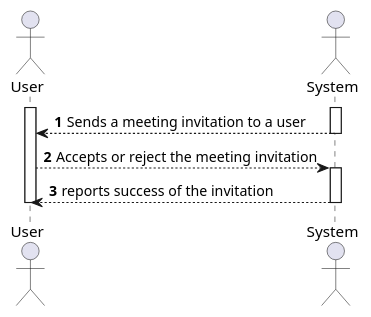
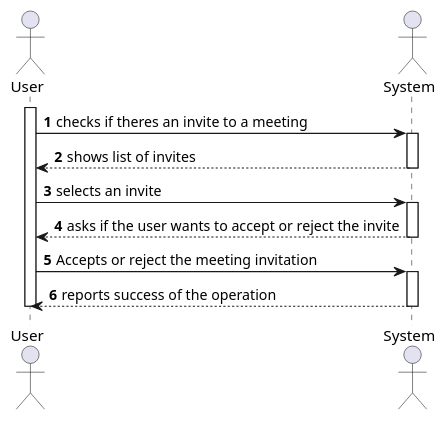
Before and after one commit to miseEnPlace-dev/lapr4: the diagram in docs/sprint-c/us41-4003/US4003_SSD.puml, drawn with PlantUML. The commit also changed 1 other file, not shown here.

```diff
--- a/docs/sprint-c/us41-4003/US4003_SSD.puml
+++ b/docs/sprint-c/us41-4003/US4003_SSD.puml
@@ -1,21 +1,29 @@
 @startuml US4003_SSD
 autonumber
 
 actor User as "User"
 actor System as "System"
 
 activate User
+
+User -> System : checks if theres an invite to a meeting
 activate System
 
-System --> User : Sends a meeting invitation to a user
+System --> User : shows list of invites
 deactivate System
 
-User --> System : Accepts or reject the meeting invitation
+User -> System : selects an invite
 activate System
 
-System --> User : reports success of the invitation
+System --> User : asks if the user wants to accept or reject the invite
+deactivate System
+
+User -> System : Accepts or reject the meeting invitation
+activate System
+
+System --> User : reports success of the operation
 deactivate System
 
 deactivate User
 
 @enduml
```
